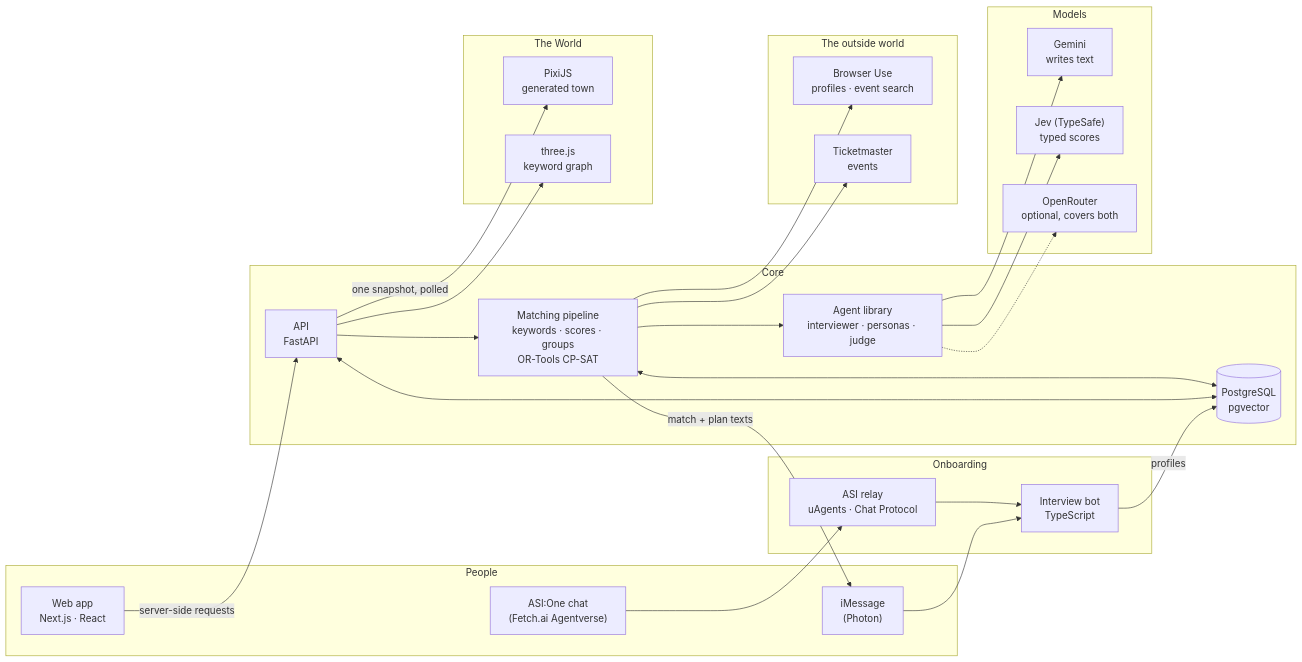
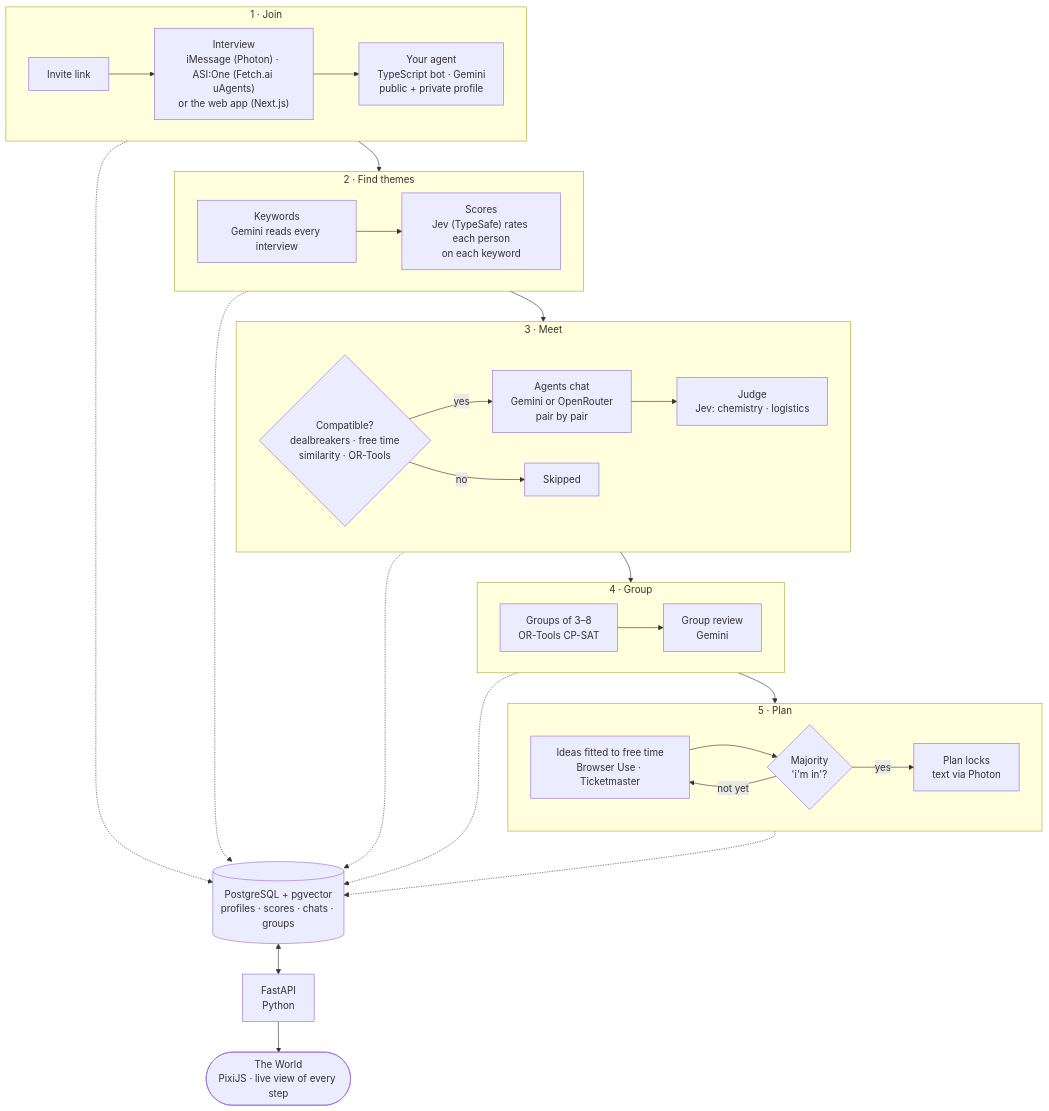
One commit to cng04/unif.ai changed the diagram in README.md. Above: the diagram before and after it, drawn with Mermaid. The commit also changed other lines of this file, not shown here.

Commit message:
README: one flow chart with the process and the tech at each step

````diff
--- a/README.md
+++ b/README.md
@@ -30,52 +20,45 @@
 ```mermaid
-flowchart LR
-    subgraph People["People"]
-        IM["iMessage<br/>(Photon)"]
-        ASI["ASI:One chat<br/>(Fetch.ai Agentverse)"]
-        WEB["Web app<br/>Next.js · React"]
+flowchart TB
+    subgraph S1["1 · Join"]
+        direction LR
+        A["Invite link"] --> B["Interview<br/>iMessage (Photon) · ASI:One (Fetch.ai uAgents)<br/>or the web app (Next.js)"]
+        B --> C["Your agent<br/>TypeScript bot · Gemini<br/>public + private profile"]
     end
 
-    subgraph Onboard["Onboarding"]
-        RELAY["ASI relay<br/>uAgents · Chat Protocol"]
-        BOT["Interview bot<br/>TypeScript"]
+    subgraph S2["2 · Find themes"]
+        direction LR
+        D["Keywords<br/>Gemini reads every interview"] --> E["Scores<br/>Jev (TypeSafe) rates each person<br/>on each keyword"]
     end
 
-    subgraph Core["Core"]
-        API["API<br/>FastAPI"]
-        PIPE["Matching pipeline<br/>keywords · scores · groups<br/>OR-Tools CP-SAT"]
-        AG["Agent library<br/>interviewer · personas · judge"]
-        DB[("PostgreSQL<br/>pgvector")]
+    subgraph S3["3 · Meet"]
+        direction LR
+        F{"Compatible?<br/>dealbreakers · free time<br/>similarity · OR-Tools"} -->|yes| G["Agents chat<br/>Gemini or OpenRouter<br/>pair by pair"]
+        G --> H["Judge<br/>Jev: chemistry · logistics"]
+        F -->|no| X["Skipped"]
     end
 
-    subgraph Models["Models"]
-        GEM["Gemini<br/>writes text"]
-        JEV["Jev (TypeSafe)<br/>typed scores"]
-        OR["OpenRouter<br/>optional, covers both"]
+    subgraph S4["4 · Group"]
+        direction LR
+        I["Groups of 3–8<br/>OR-Tools CP-SAT"] --> J["Group review<br/>Gemini"]
     end
 
-    subgraph World["The World"]
-        PIXI["PixiJS<br/>generated town"]
-        G3D["three.js<br/>keyword graph"]
+    subgraph S5["5 · Plan"]
+        direction LR
+        K["Ideas fitted to free time<br/>Browser Use · Ticketmaster"] --> L{"Majority<br/>'i'm in'?"}
+        L -->|yes| M["Plan locks<br/>text via Photon"]
+        L -->|not yet| K
     end
 
-    subgraph Outside["The outside world"]
-        BU["Browser Use<br/>profiles · event search"]
-        TM["Ticketmaster<br/>events"]
-    end
+    S1 --> S2 --> S3 --> S4 --> S5
 
-    IM --> BOT
-    ASI --> RELAY --> BOT
-    BOT -->|profiles| DB
-    WEB -->|server-side requests| API
-    API <--> DB
-    API --> PIPE --> AG
-    PIPE <--> DB
-    AG --> GEM
-    AG --> JEV
-    AG -.-> OR
-    PIPE --> BU
-    PIPE --> TM
-    PIPE -->|"match + plan texts"| IM
-    API -->|"one snapshot, polled"| PIXI
-    API --> G3D
+    DB[("PostgreSQL + pgvector<br/>profiles · scores · chats · groups")]
+    API["FastAPI<br/>Python"]
+    W(["The World<br/>PixiJS · live view of every step"])
+
+    S1 -.-> DB
+    S2 -.-> DB
+    S3 -.-> DB
+    S4 -.-> DB
+    S5 -.-> DB
+    DB <--> API --> W
 ```
````
